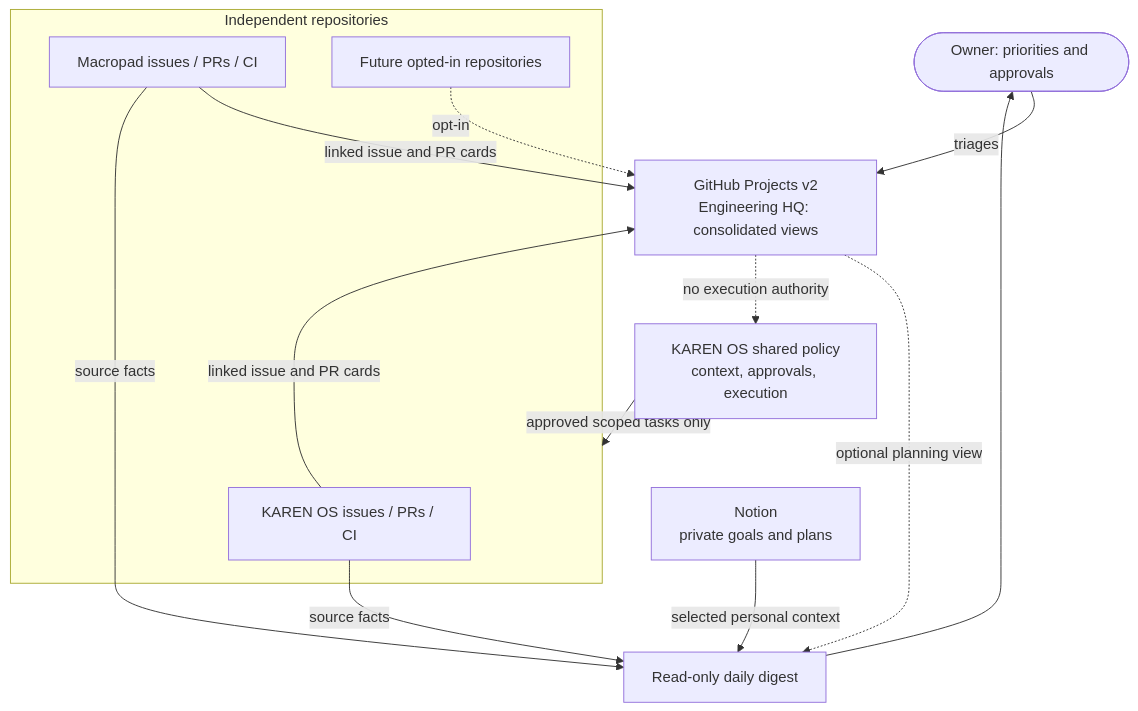
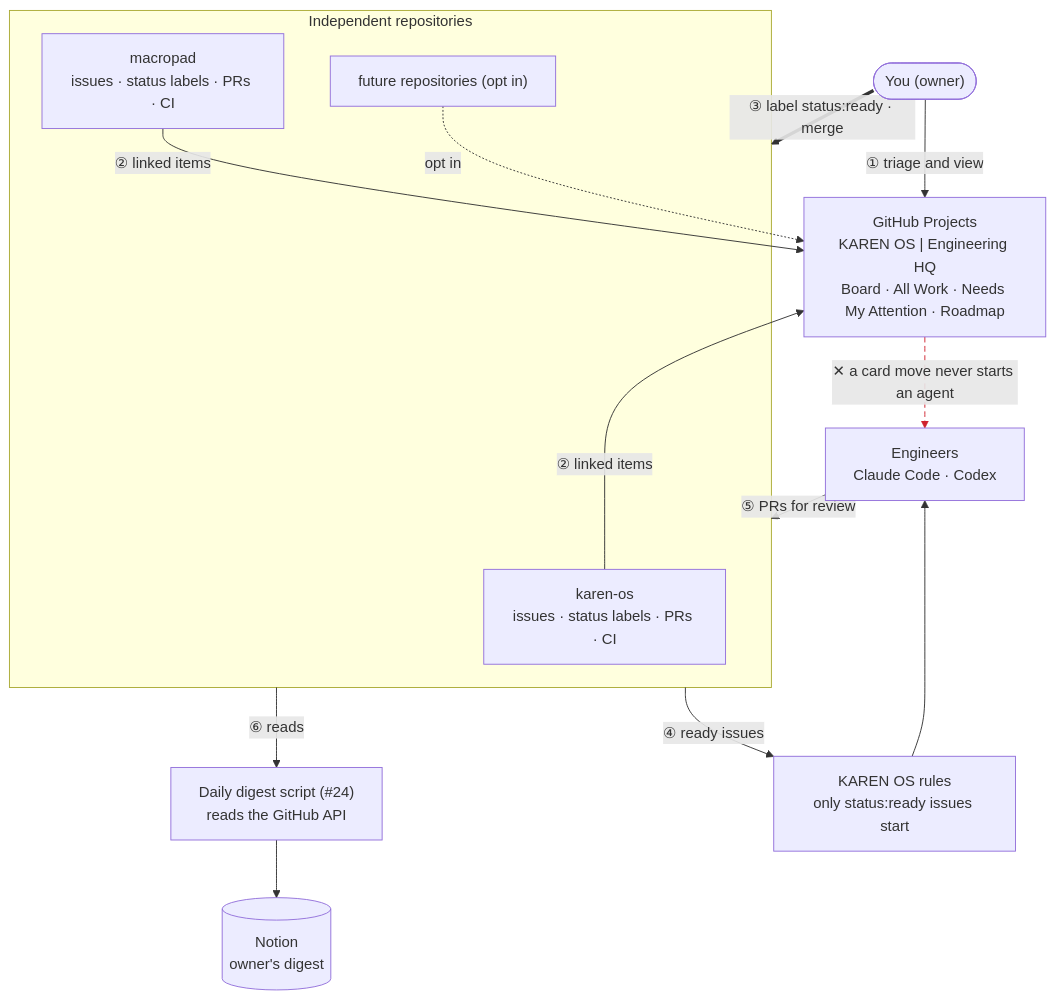
One commit to AbhiramYanamandra/karen-os changed the first of 2 diagrams in docs/architecture/github-projects.md. Above: the diagram before and after it, drawn with Mermaid. The commit also changed other lines of this file and 2 other files, not shown here.

First line of the commit message:
docs(projects): record the verified Engineering HQ configuration (#29)

````diff
--- a/docs/architecture/github-projects.md
+++ b/docs/architecture/github-projects.md
@@ -22,24 +27,26 @@
 ```mermaid
 flowchart TB
-    OWN(["Owner: priorities and approvals"])
+    OWN(["You (owner)"])
     subgraph REPOS["Independent repositories"]
-      K["KAREN OS issues / PRs / CI"]
-      M["Macropad issues / PRs / CI"]
-      X["Future opted-in repositories"]
+      K["karen-os<br/>issues · status labels · PRs · CI"]
+      M["macropad<br/>issues · status labels · PRs · CI"]
+      X["future repositories (opt in)"]
     end
-    GH["GitHub Projects v2<br/>Engineering HQ: consolidated views"]
-    KO["KAREN OS shared policy<br/>context, approvals, execution"]
-    DIG["Read-only daily digest"]
-    NOTION["Notion<br/>private goals and plans"]
-    OWN -->|triages| GH
-    K -->|linked issue and PR cards| GH
-    M -->|linked issue and PR cards| GH
-    X -.->|opt-in| GH
-    K -->|source facts| DIG
-    M -->|source facts| DIG
-    GH -.->|optional planning view| DIG
-    GH -.->|no execution authority| KO
-    KO -->|approved scoped tasks only| REPOS
-    NOTION -->|selected personal context| DIG
-    DIG --> OWN
+    HQ["GitHub Projects<br/>KAREN OS | Engineering HQ<br/>Board · All Work · Needs My Attention · Roadmap"]
+    RULES["KAREN OS rules<br/>only status:ready issues start"]
+    ENG["Engineers<br/>Claude Code · Codex"]
+    DIG["Daily digest script (#24)<br/>reads the GitHub API"]
+    NOTION[("Notion<br/>owner's digest")]
+
+    OWN -->|"① triage and view"| HQ
+    K -->|"② linked items"| HQ
+    M -->|"② linked items"| HQ
+    X -.->|opt in| HQ
+    OWN ==>|"③ label status:ready · merge"| REPOS
+    REPOS -->|"④ ready issues"| RULES --> ENG
+    ENG -->|"⑤ PRs for review"| REPOS
+    REPOS -->|"⑥ reads"| DIG --> NOTION
+    HQ -. "✕ a card move never starts an agent" .-> ENG
+
+    linkStyle 10 stroke:#cf222e,stroke-dasharray:6 4
 ```
````
